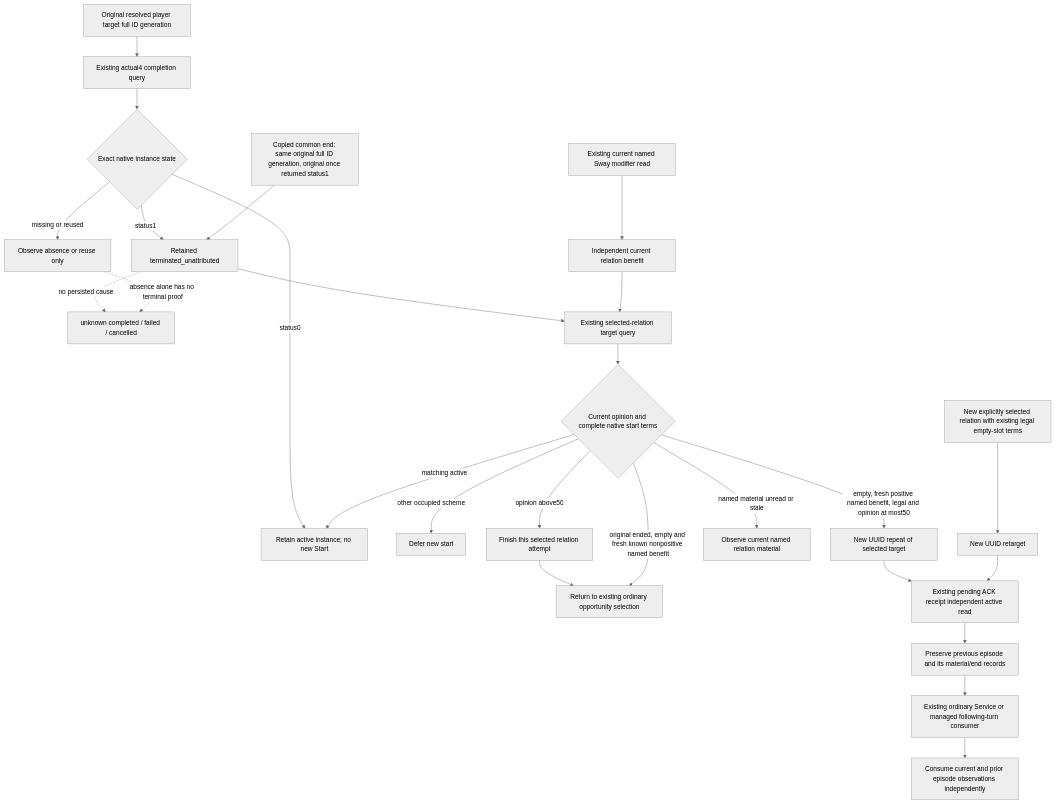
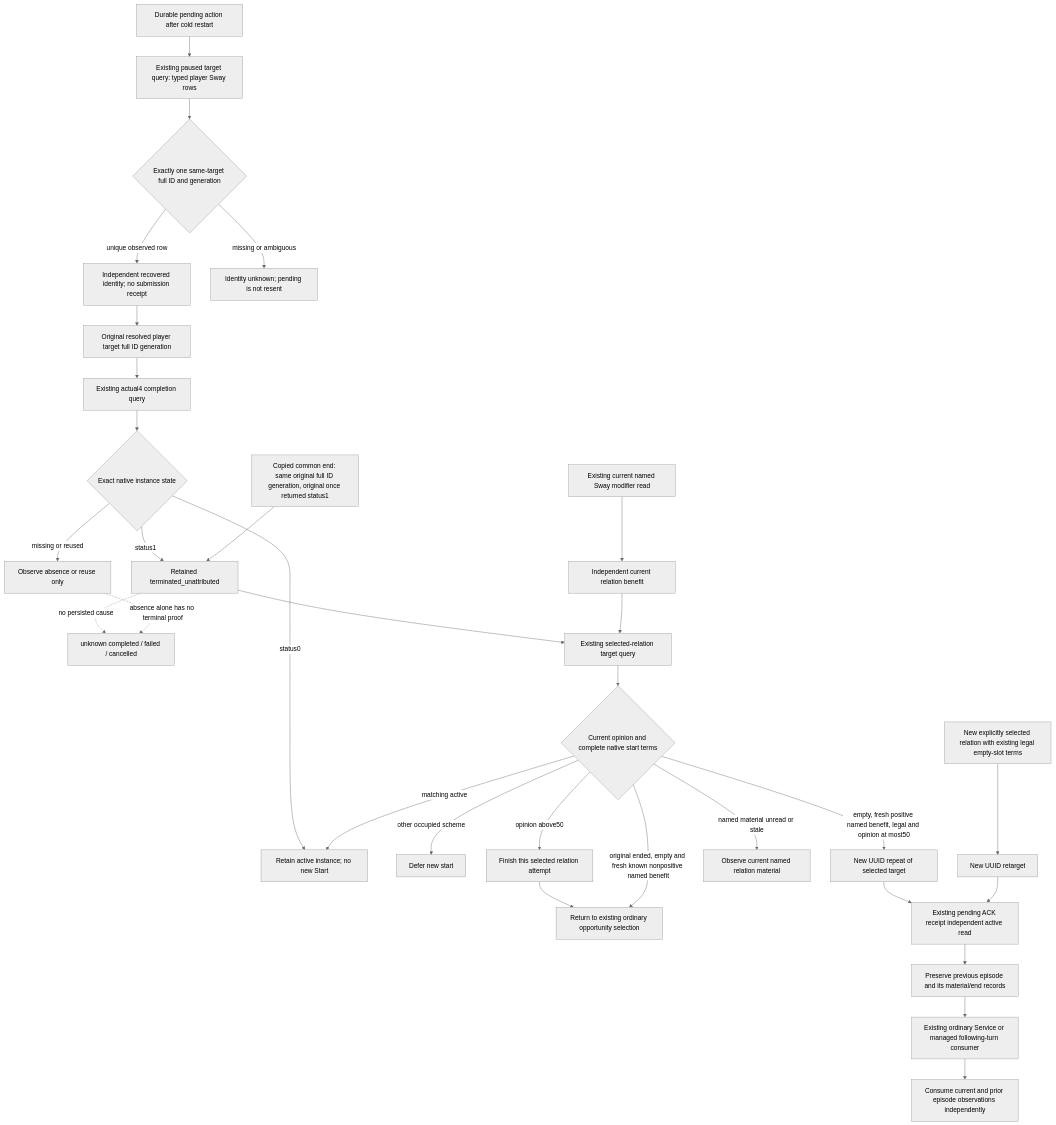
Before and after one commit to XenoAmess/ck3_eternal_recurrence: the diagram in docs/ck3-native-ai/sway-beneficial-terminal-followup-12004.md, drawn with Mermaid (neutral theme). The commit also changed other lines of this file and 10 other files, not shown here.

Commit message:
Retain observed Sway instance identity across cold recovery [skip ci]

````diff
--- a/docs/ck3-native-ai/sway-beneficial-terminal-followup-12004.md
+++ b/docs/ck3-native-ai/sway-beneficial-terminal-followup-12004.md
@@ -27,28 +27,33 @@
 ```mermaid
 flowchart TD
+  DP[Durable pending action after cold restart] --> CQ[Existing paused target query: typed player Sway rows]
+  CQ --> UQ{Exactly one same-target full ID and generation}
+  UQ -->|unique observed row| RI[Independent recovered identity; no submission receipt]
+  RI --> O
+  UQ -->|missing or ambiguous| IU[Identity unknown; pending is not resent]
   O[Original resolved player target full ID generation] --> C
   C[Existing actual4 completion query] --> J{Exact native instance state}
   J -->|status0| A[Retain active instance; no new Start]
   J -->|status1| T[Retained terminated_unattributed]
   J -->|missing or reused| U[Observe absence or reuse only]
   T -. no persisted cause .-> X[unknown completed / failed / cancelled]
   U -. absence alone has no terminal proof .-> X
   K[Copied common end: same original full ID generation, original once returned status1] --> T
   M[Existing current named Sway modifier read] --> B[Independent current relation benefit]
   T --> P
   B --> P[Existing selected-relation target query]
   P --> Q{Current opinion and complete native start terms}
   Q -->|matching active| A
   Q -->|other occupied scheme| D[Defer new start]
   Q -->|opinion above50| F[Finish this selected relation attempt]
   F --> NP
   Q -->|empty, fresh positive named benefit, legal and opinion at most50| N[New UUID repeat of selected target]
   Q -->|original ended, empty and fresh known nonpositive named benefit| NP[Return to existing ordinary opportunity selection]
   Q -->|named material unread or stale| NM[Observe current named relation material]
   R[New explicitly selected relation with existing legal empty-slot terms] --> E[New UUID retarget]
   N --> I[Existing pending ACK receipt independent active read]
   E --> I
   I --> H[Preserve previous episode and its material/end records]
   H --> V[Existing ordinary Service or managed following-turn consumer]
   V --> W[Consume current and prior episode observations independently]
 ```
````
